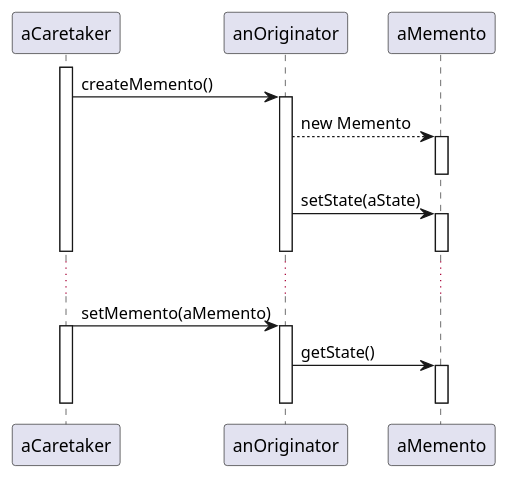
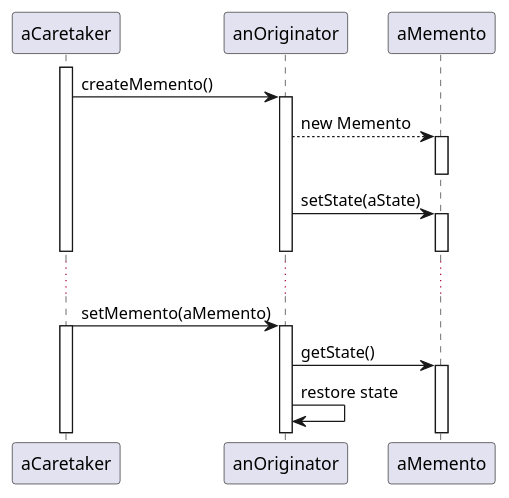
One commit to IceHe/icehe-lib changed diagram 24 of 33 in snips/books/design-patterns.md. Above: the diagram before and after it, drawn with PlantUML. The commit also changed other lines of this file, not shown here.

````diff
--- a/snips/books/design-patterns.md
+++ b/snips/books/design-patterns.md
@@ -1365,35 +1367,32 @@
 ```plantuml
 @startuml
 participant aCaretaker
 participant anOriginator
 participant aMemento
 
 activate aCaretaker
 aCaretaker -> anOriginator : createMemento()
 
 activate anOriginator
 anOriginator --> aMemento : new Memento
 activate aMemento
 deactivate aMemento
 
 anOriginator -> aMemento : setState(aState)
 activate aMemento
 deactivate aMemento
 
 deactivate anOriginator
 deactivate aCaretaker
 ...
 
 aCaretaker -> anOriginator : setMemento(aMemento)
 activate aCaretaker
 activate anOriginator
 
 anOriginator -> aMemento : getState()
 activate aMemento
-deactivate aMemento
-
-deactivate anOriginator
-deactivate aCaretaker
+anOriginator -> anOriginator : restore state
 
 @enduml
 ```
````
